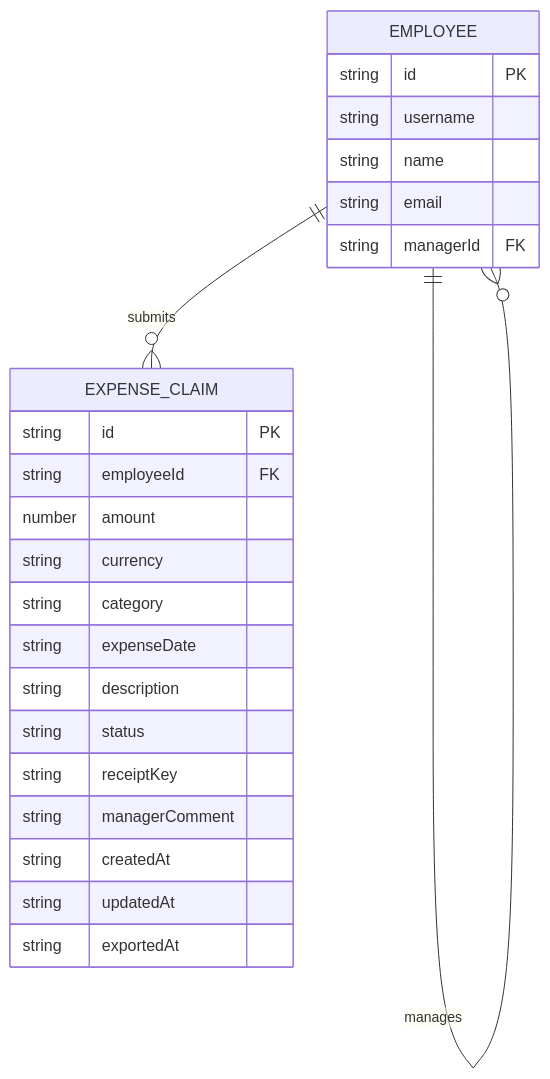
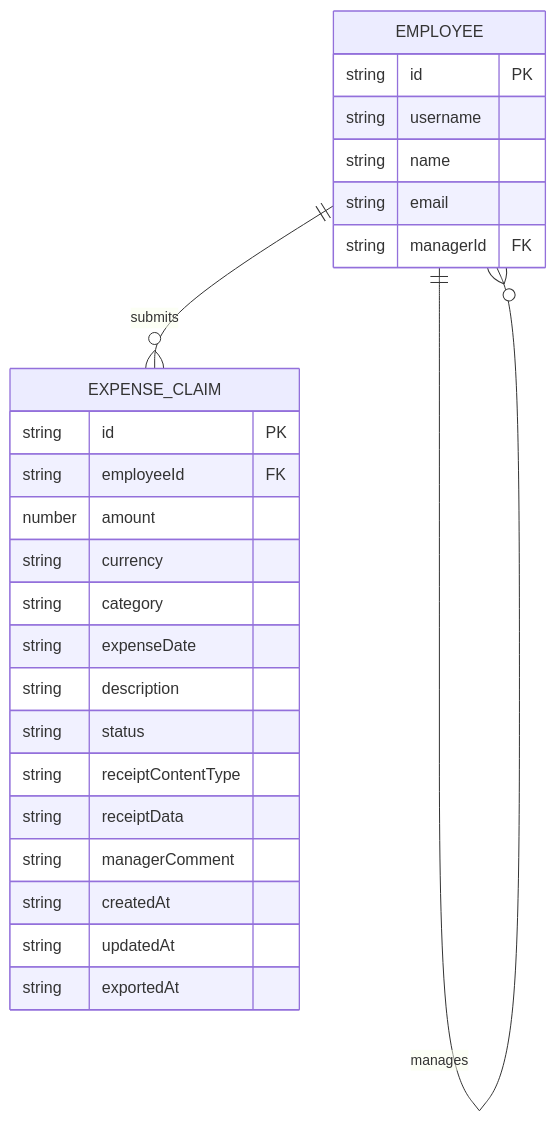
Before and after one commit to asdlc-repos/employees-submit-expense5721: the second of 6 diagrams in specs/design/design.md, drawn with Mermaid. The commit also changed other lines of this file and 3 other files, not shown here.

````diff
--- a/specs/design/design.md
+++ b/specs/design/design.md
@@ -38,29 +37,30 @@
 ```mermaid
 erDiagram
   EMPLOYEE ||--o{ EMPLOYEE : "manages"
   EMPLOYEE ||--o{ EXPENSE_CLAIM : "submits"
 
   EMPLOYEE {
     string id PK
     string username
     string name
     string email
     string managerId FK
   }
 
   EXPENSE_CLAIM {
     string id PK
     string employeeId FK
     number amount
     string currency
     string category
     string expenseDate
     string description
     string status
-    string receiptKey
+    string receiptContentType
+    string receiptData
     string managerComment
     string createdAt
     string updatedAt
     string exportedAt
   }
 ```
````
